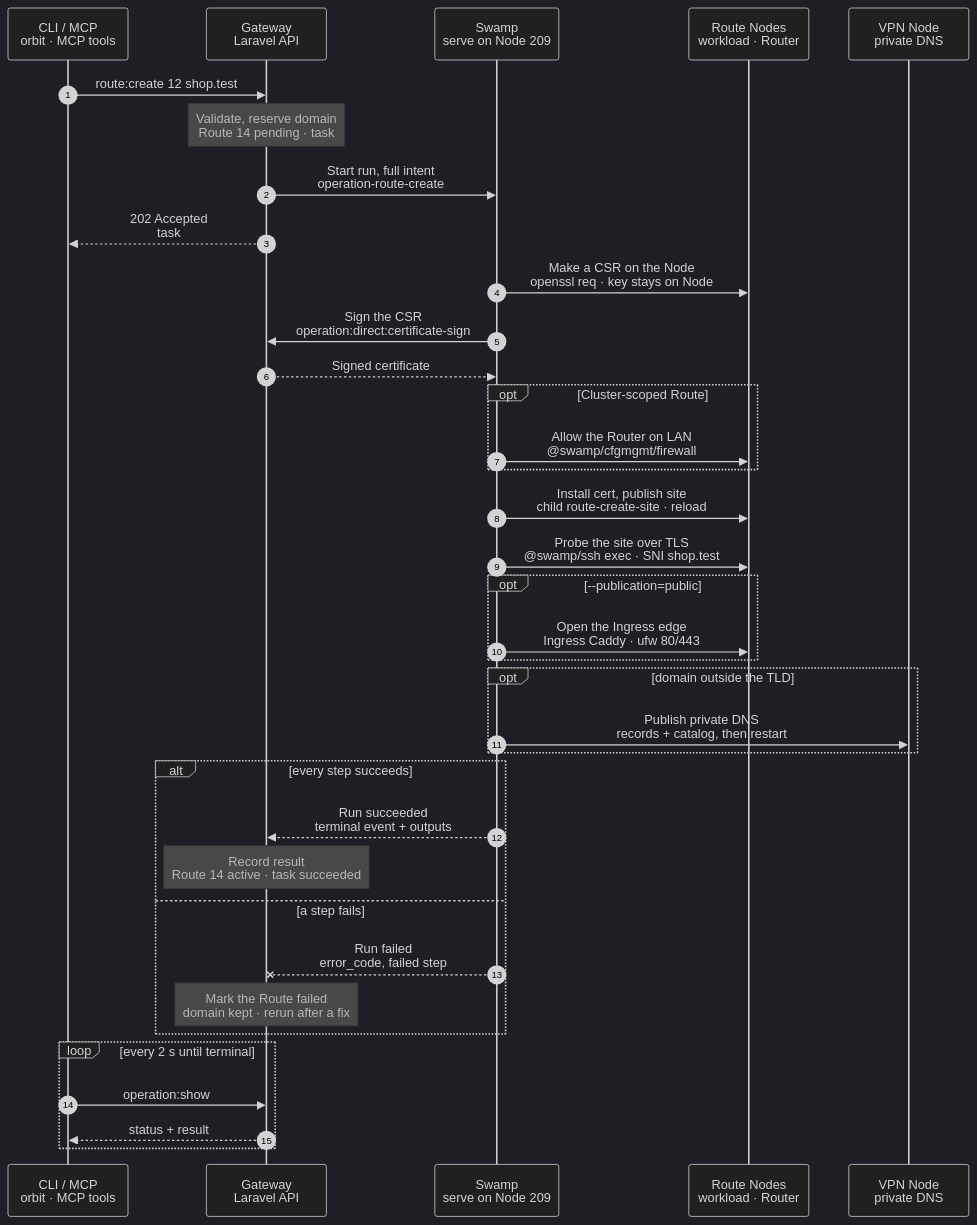
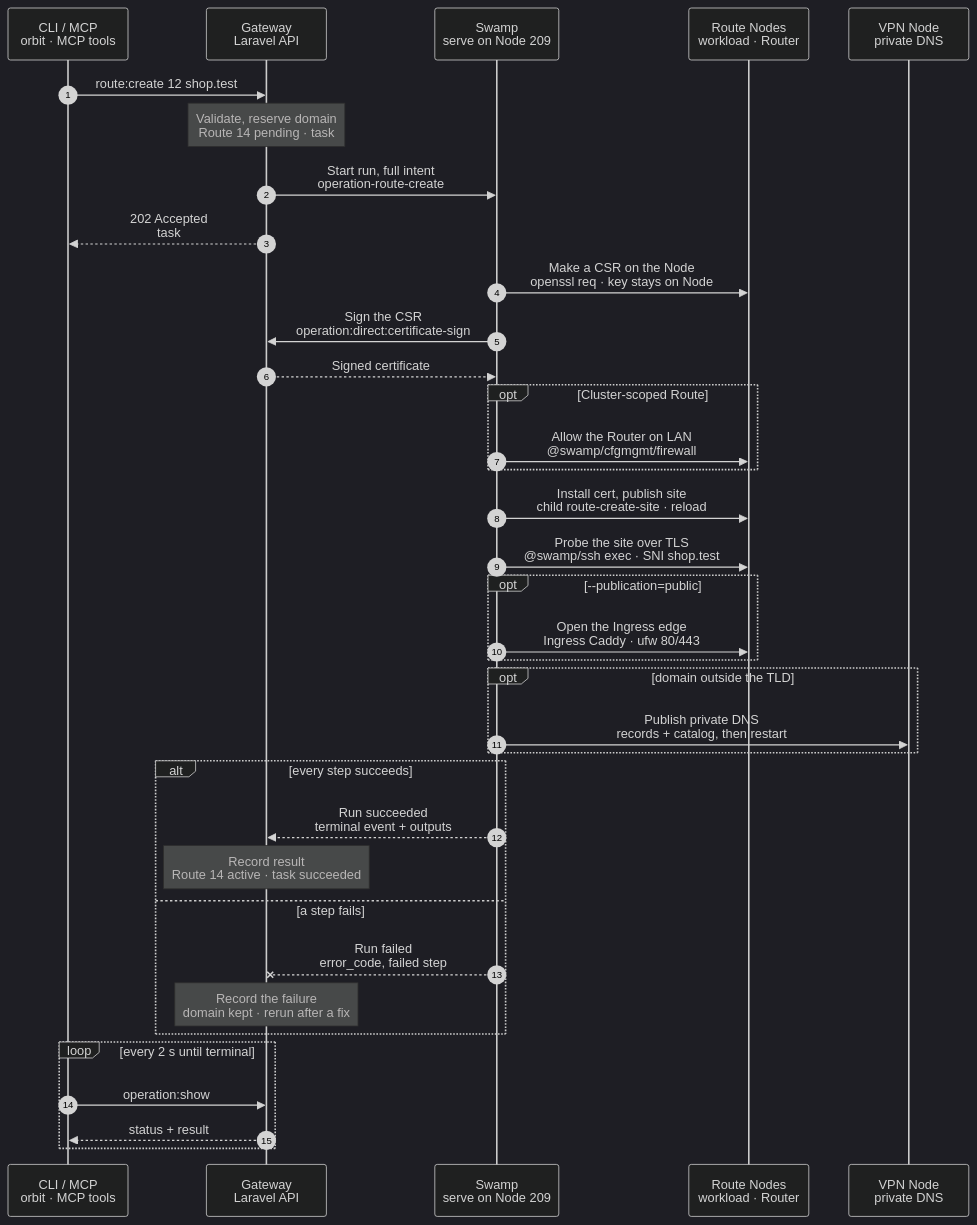
The diagram in docs/cli/route/create.mmd (hardimpactdev/orbit), drawn with Mermaid (dark theme) before and after one commit. The commit also changed 2 other files, not shown here.

Commit message:
docs(routes): record the passing Laravel create proof

```diff
--- a/docs/cli/route/create.mmd
+++ b/docs/cli/route/create.mmd
@@ -1,53 +1,53 @@
 sequenceDiagram
   %% Target design: Nick 2026-11-03, single-swamp-node, rules 14-25.
   %% status: draft
   %% command: route:create
   %% kind: route.create
   autonumber
   %% lane CLI icon=terminal pill=caller tone=gray
   %% lane GW icon=gateway pill=intent tone=blue
   %% lane SW icon=workflow pill=executes tone=green
   %% lane N icon=server pill=target tone=amber
   %% lane V icon=server pill=target tone=purple
   participant CLI as CLI / MCP<br/>orbit · MCP tools
   participant GW as Gateway<br/>Laravel API
   participant SW as Swamp<br/>serve on Node 209
   participant N as Route Nodes<br/>workload · Router
   participant V as VPN Node<br/>private DNS
   CLI->>GW: route:create 12 shop.test
   Note over GW: Validate, reserve domain<br/>Route 14 pending · task #5120
   GW->>SW: Start run, full intent<br/>operation-route-create
   GW-->>CLI: 202 Accepted<br/>task #5120
   SW->>N: Make a CSR on the Node<br/>openssl req · key stays on Node
   SW->>GW: Sign the CSR<br/>operation:direct:certificate-sign
   %%> The Orbit CA key stays in the Gateway.
   GW-->>SW: Signed certificate
   opt Cluster-scoped Route
     SW->>N: Allow the Router on LAN<br/>@swamp/cfgmgmt/firewall
     %%> The Router reaches workloads over LAN; there is no WireGuard fallback.
   end
   SW->>N: Install cert, publish site<br/>child route-create-site · reload
   %%> A validation error stops the reload; the written candidate stays for convergence.
   SW->>N: Probe the site over TLS<br/>@swamp/ssh exec · SNI shop.test
   %%> Runs from 209; an HTTP 500 does not fail the TLS check.
   opt --publication=public
     SW->>N: Open the Ingress edge<br/>Ingress Caddy · ufw 80/443
     %%> Public DNS is operator-managed. Caddy retries Let's Encrypt by itself.
   end
   opt domain outside the TLD
     SW->>V: Publish private DNS<br/>records + catalog, then restart
     %%> DNS goes last. Inside the TLD, private DNS already answers the whole zone.
     %%> dnsmasq reads records only at startup.
   end
   alt every step succeeds
     SW-->>GW: Run succeeded<br/>terminal event + outputs
     Note over GW: Record result<br/>Route 14 active · task succeeded
   else a step fails
     SW--xGW: Run failed<br/>error_code, failed step
-    Note over GW: Mark the Route failed<br/>domain kept · rerun after a fix
+    Note over GW: Record the failure<br/>domain kept · rerun after a fix
     %%> There is no rollback. Rerun to converge, or route:destroy to remove what was added.
   end
   loop every 2 s until terminal
     CLI->>GW: operation:show #5120
     GW-->>CLI: status + result
   end
```
